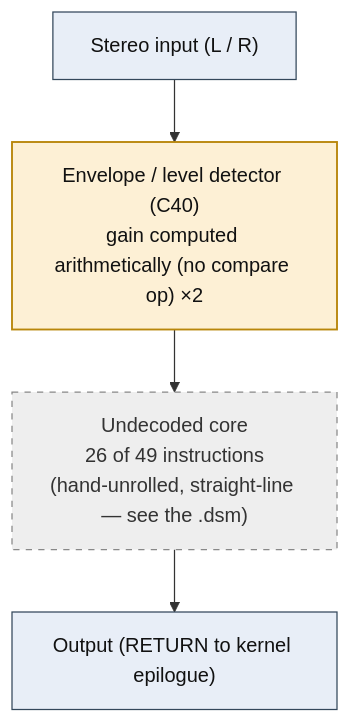
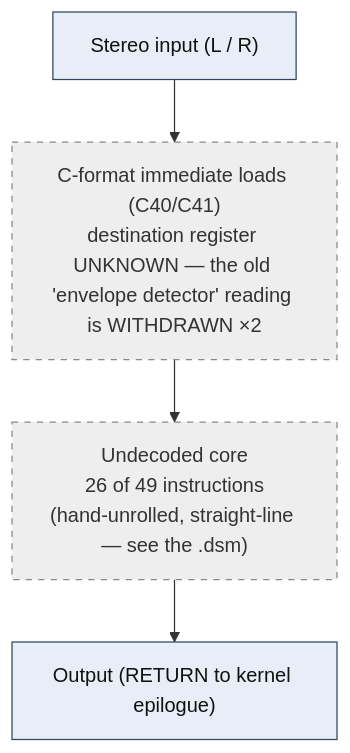
Before and after one commit to ArqueologiaDigital/kn5000-roms-disasm: the diagram in dsp/flowcharts/prog00_no_operation.md, drawn with Mermaid. The commit also changed other lines of this file and 86 other files, not shown here.

````diff
--- a/dsp/flowcharts/prog00_no_operation.md
+++ b/dsp/flowcharts/prog00_no_operation.md
@@ -12,20 +12,19 @@
 ```mermaid
 flowchart TD
     N0["Stereo input (L / R)"]
-    N1["Envelope / level detector (C40)<br/>gain computed arithmetically (no compare op) &times;2"]
+    N1["C-format immediate loads (C40/C41)<br/>destination register UNKNOWN &mdash; the old 'envelope detector' reading is WITHDRAWN &times;2"]
     N0 --> N1
     N2["Undecoded core<br/>26 of 49 instructions<br/>(hand-unrolled, straight-line &mdash; see the .dsm)"]
     N1 --> N2
     N3["Output (RETURN to kernel epilogue)"]
     N2 --> N3
 
     classDef io fill:#e8eef7,stroke:#33475b,stroke-width:1px,color:#111;
     classDef proven fill:#d7f0d7,stroke:#2e7d32,stroke-width:2px,color:#111;
     classDef measured fill:#dbe9fb,stroke:#1565c0,stroke-width:1.5px,color:#111;
     classDef inferred fill:#fdf0d5,stroke:#b8860b,stroke-width:1.5px,color:#111;
     classDef open fill:#eeeeee,stroke:#888,stroke-width:1px,color:#333,stroke-dasharray:5 5;
     classDef ctrl fill:#f3e8fb,stroke:#6a1b9a,stroke-width:1px,color:#111;
     class N0,N3 io;
-    class N1 inferred;
-    class N2 open;
+    class N1,N2 open;
 ```
````
